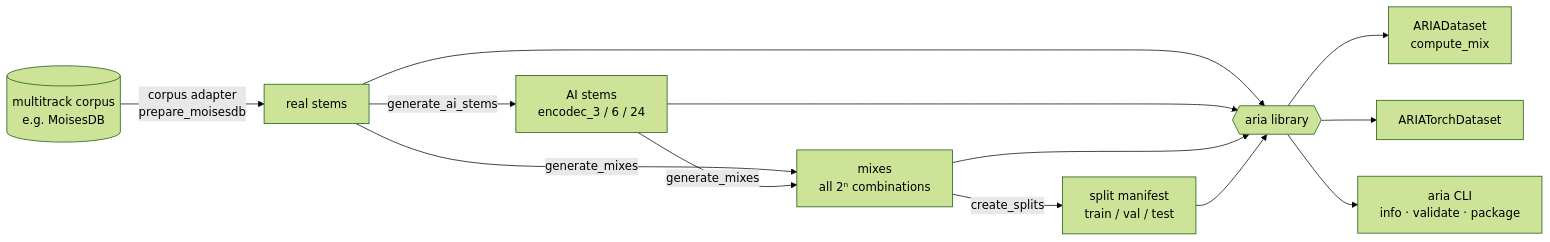
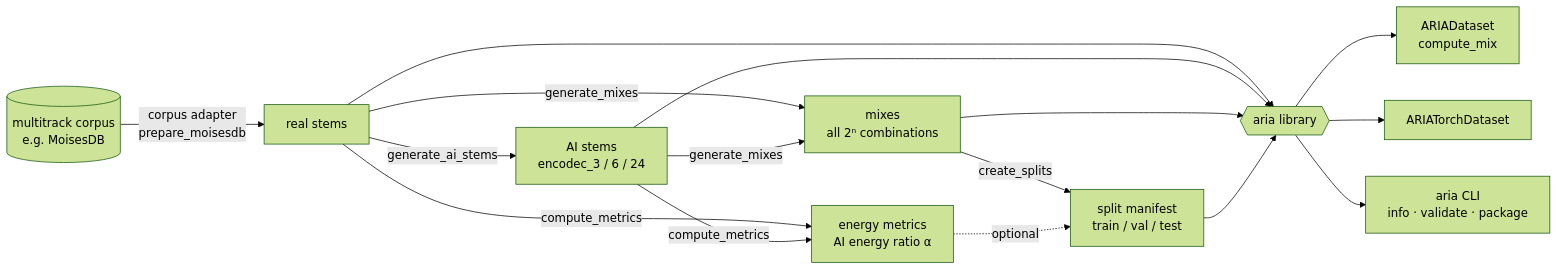
The diagram in README.md (fergarciadlc/aria), drawn with Mermaid (forest theme) before and after one commit. The commit also changed other lines of this file and 5 other files, not shown here.

Commit message:
Add energy metrics (#8)

````diff
--- a/README.md
+++ b/README.md
@@ -9,13 +9,15 @@
 ```mermaid
 flowchart LR
     M[(multitrack corpus<br/>e.g. MoisesDB)] -->|corpus adapter<br/>prepare_moisesdb| R[real stems]
     R -->|generate_ai_stems| A[AI stems<br/>encodec_3 / 6 / 24]
     R & A -->|generate_mixes| X[mixes<br/>all 2ⁿ combinations]
+    R & A -->|compute_metrics| E[energy metrics<br/>AI energy ratio α]
     X -->|create_splits| S[split manifest<br/>train / val / test]
+    E -.->|optional| S
 
     R & A --> L{{aria library}}
     X & S --> L
     L --> D[ARIADataset<br/>compute_mix]
     L --> T[ARIATorchDataset]
     L --> C[aria CLI<br/>info · validate · package]
 ```
````
